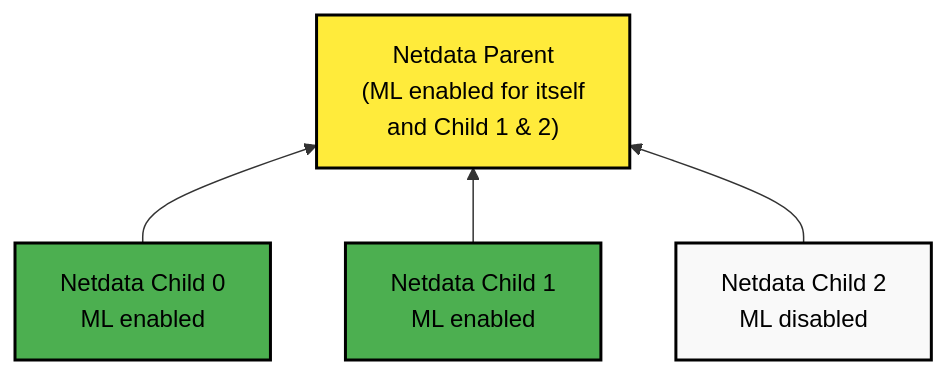
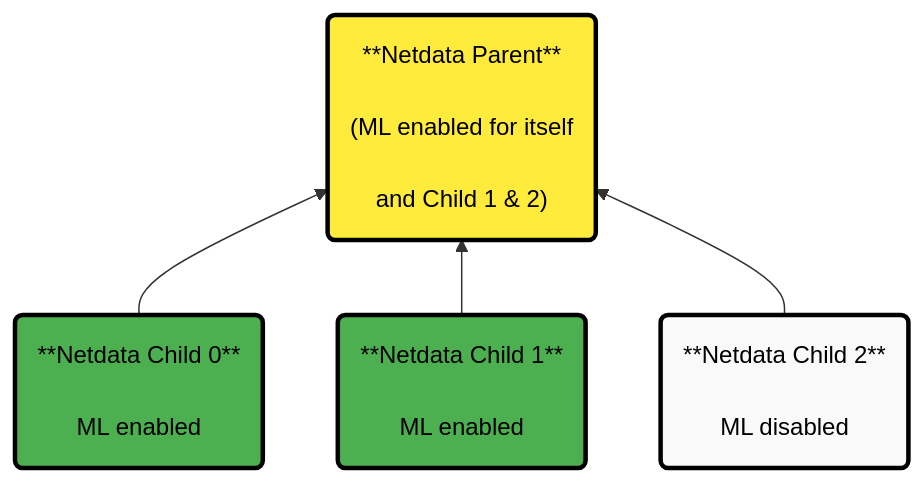
One commit to netdata/netdata changed the third of 3 diagrams in src/ml/ml-configuration.md. Above: the diagram before and after it, drawn with Mermaid. The commit also changed other lines of this file and 3 other files, not shown here.

````diff
--- a/src/ml/ml-configuration.md
+++ b/src/ml/ml-configuration.md
@@ -160,21 +186,21 @@
 ```mermaid
 flowchart BT
-    %% Node styling
-    classDef neutral fill:#f9f9f9,stroke:#000000,color:#000000,stroke-width:2px
-    classDef success fill:#4caf50,stroke:#000000,color:#000000,stroke-width:2px
-    classDef warning fill:#ffeb3b,stroke:#000000,color:#000000,stroke-width:2px
-    classDef danger fill:#f44336,stroke:#000000,color:#000000,stroke-width:2px
+    C1("**Netdata Child 0**<br/><br/>ML enabled")
+    C2("**Netdata Child 1**<br/><br/>ML enabled")
+    C3("**Netdata Child 2**<br/><br/>ML disabled")
+    P1("**Netdata Parent**<br/><br/>(ML enabled for itself<br/><br/>and Child 1 & 2)")
     
-    C1["Netdata Child 0<br/>ML enabled"]
-    C2["Netdata Child 1<br/>ML enabled"]
-    C3["Netdata Child 2<br/>ML disabled"]
-    P1["Netdata Parent<br/>(ML enabled for itself<br/>and Child 1 & 2)"]
     C1 --> P1
     C2 --> P1
     C3 --> P1
     
+    %% Style definitions
+    classDef neutral fill:#f9f9f9,stroke:#000000,stroke-width:3px,color:#000000,font-size:16px
+    classDef process fill:#ffeb3b,stroke:#000000,stroke-width:3px,color:#000000,font-size:16px
+    classDef complete fill:#4caf50,stroke:#000000,stroke-width:3px,color:#000000,font-size:16px
+    
     %% Apply styles
-    class C1,C2 success
+    class C1,C2 complete
     class C3 neutral
-    class P1 warning
+    class P1 process
 ```
````
